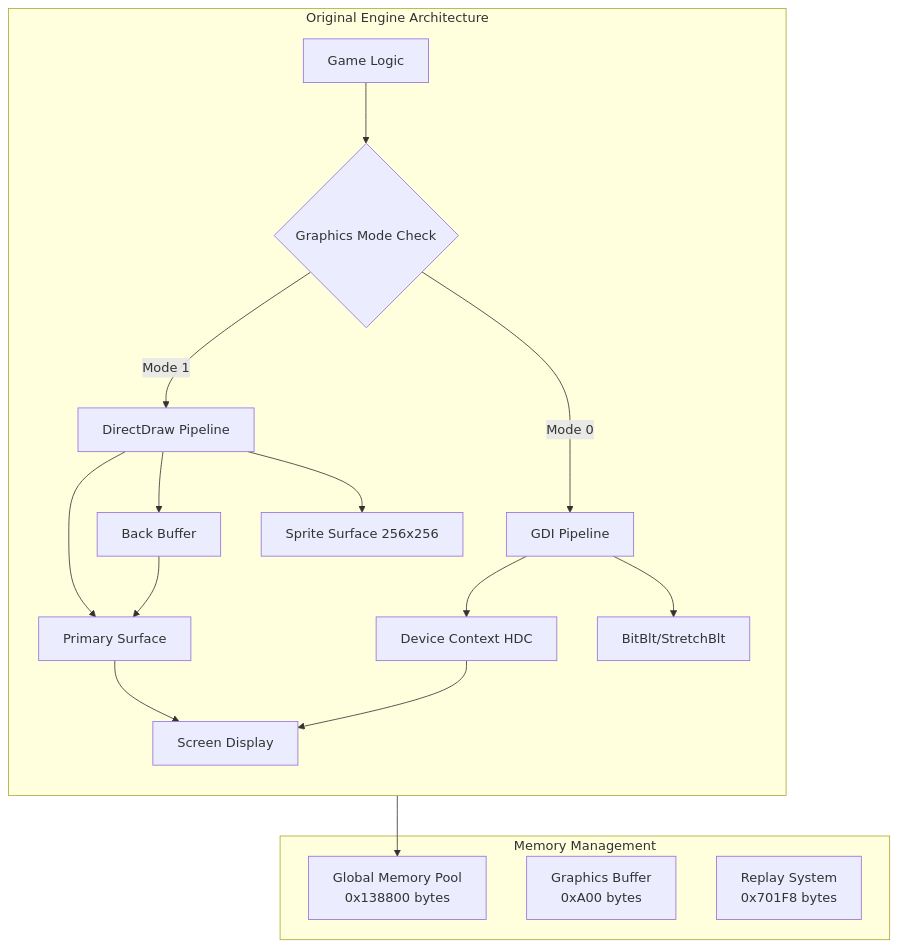
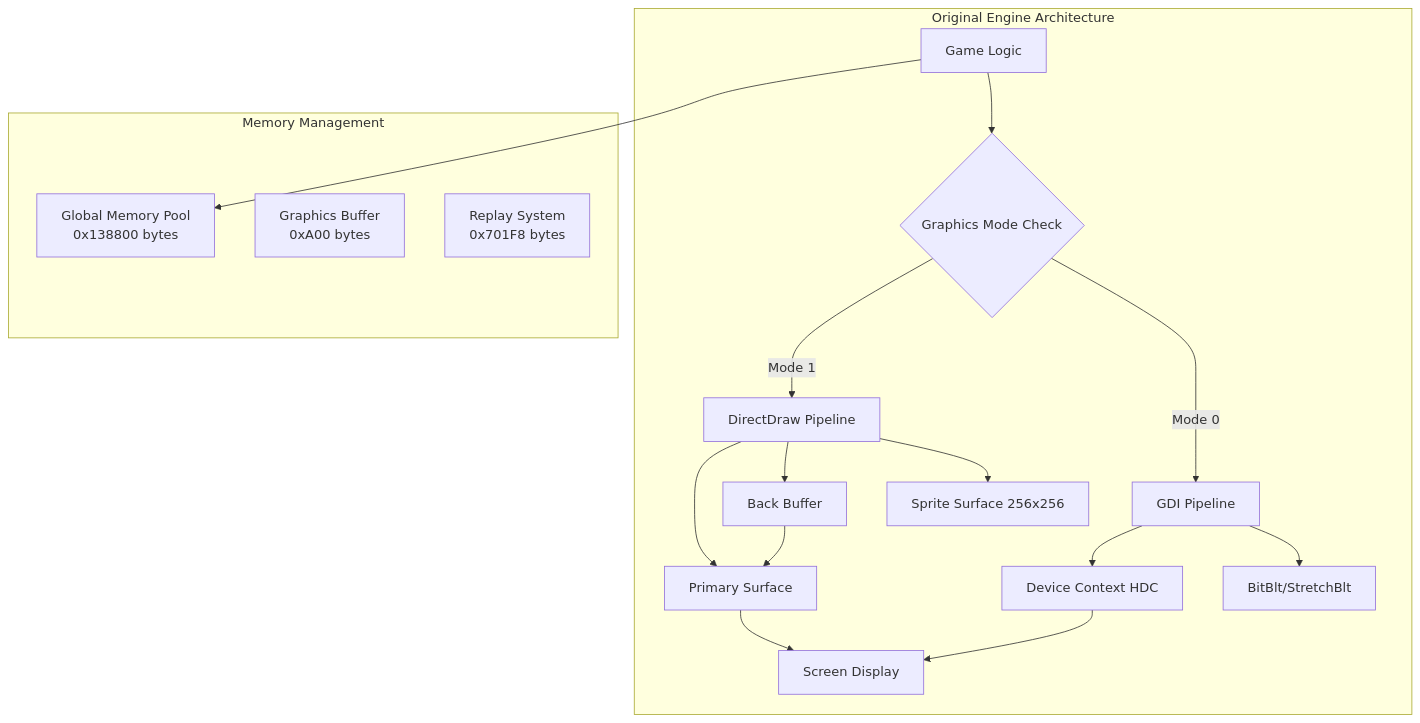
Before and after one commit to WindowsLogic-Productions/2DFM2NDRL: the first of 5 diagrams in docs/direct_takeover.md, drawn with Mermaid. The commit also changed 10 other files, not shown here.

````diff
--- a/docs/direct_takeover.md
+++ b/docs/direct_takeover.md
@@ -17,28 +17,27 @@
 ```mermaid
-graph TD
+flowchart TB
     subgraph "Original Engine Architecture"
-        direction TB
-        A[Game Logic] --> B{Graphics Mode Check}
-        B -->|Mode 1| C[DirectDraw Pipeline]
-        B -->|Mode 0| D[GDI Pipeline]
+        A["Game Logic"] --> B{"Graphics Mode Check"}
+        B -->|Mode 1| C["DirectDraw Pipeline"]
+        B -->|Mode 0| D["GDI Pipeline"]
         
-        C --> E[Primary Surface]
-        C --> F[Back Buffer]
-        C --> G[Sprite Surface 256x256]
+        C --> E["Primary Surface"]
+        C --> F["Back Buffer"]
+        C --> G["Sprite Surface 256x256"]
         
-        D --> H[Device Context HDC]
-        D --> I[BitBlt/StretchBlt]
+        D --> H["Device Context HDC"]
+        D --> I["BitBlt/StretchBlt"]
         
-        E --> J[Screen Display]
+        E --> J["Screen Display"]
         F --> E
         H --> J
     end
     
     subgraph "Memory Management"
-        K[Global Memory Pool<br>0x138800 bytes]
-        L[Graphics Buffer<br>0xA00 bytes]
-        M[Replay System<br>0x701F8 bytes]
+        K["Global Memory Pool<br>0x138800 bytes"]
+        L["Graphics Buffer<br>0xA00 bytes"]
+        M["Replay System<br>0x701F8 bytes"]
     end
     
     A --> K
 ```
````
